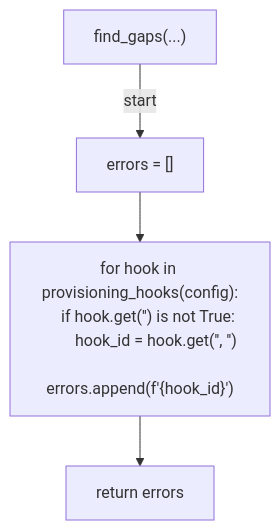
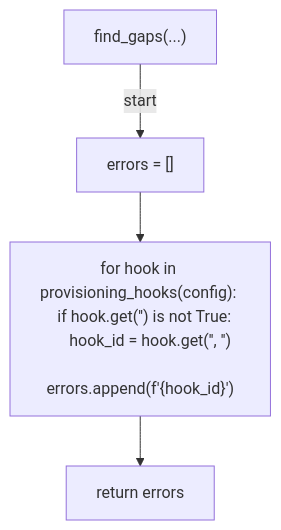
The second of 6 diagrams in docs/generated/scripts/ast/scan_provisioning_hook_serial.md (tvna/claude-md), drawn with Mermaid before and after one commit. The commit also changed other lines of this file and 23 other files, not shown here.

First line of the commit message:
docs(generated): regenerate decision tree and workflow diagrams (batch 4/5)

````diff
--- a/docs/generated/scripts/ast/scan_provisioning_hook_serial.md
+++ b/docs/generated/scripts/ast/scan_provisioning_hook_serial.md
@@ -24,13 +20,10 @@
 ```mermaid
 flowchart TD
     N001["find_gaps(...)"]
     N002["errors = []"]
-    N003["for hook in provisioning_hooks(config):
-    if hook.get('<str>') is not True:
-        hook_id = hook.get('<str>', '<str>')
-        errors.append(f'<str>{hook_id}<str>')"]
+    N003["for hook in provisioning_hooks(config):     if hook.get('<str>') is not True:         hook_id = hook.get('<str>', '<str>')         errors.append(f'<str>{hook_id}<str>')"]
     N004["return errors"]
     N001 -->|"start"| N002
     N002 --> N003
     N003 --> N004
 ```
````
